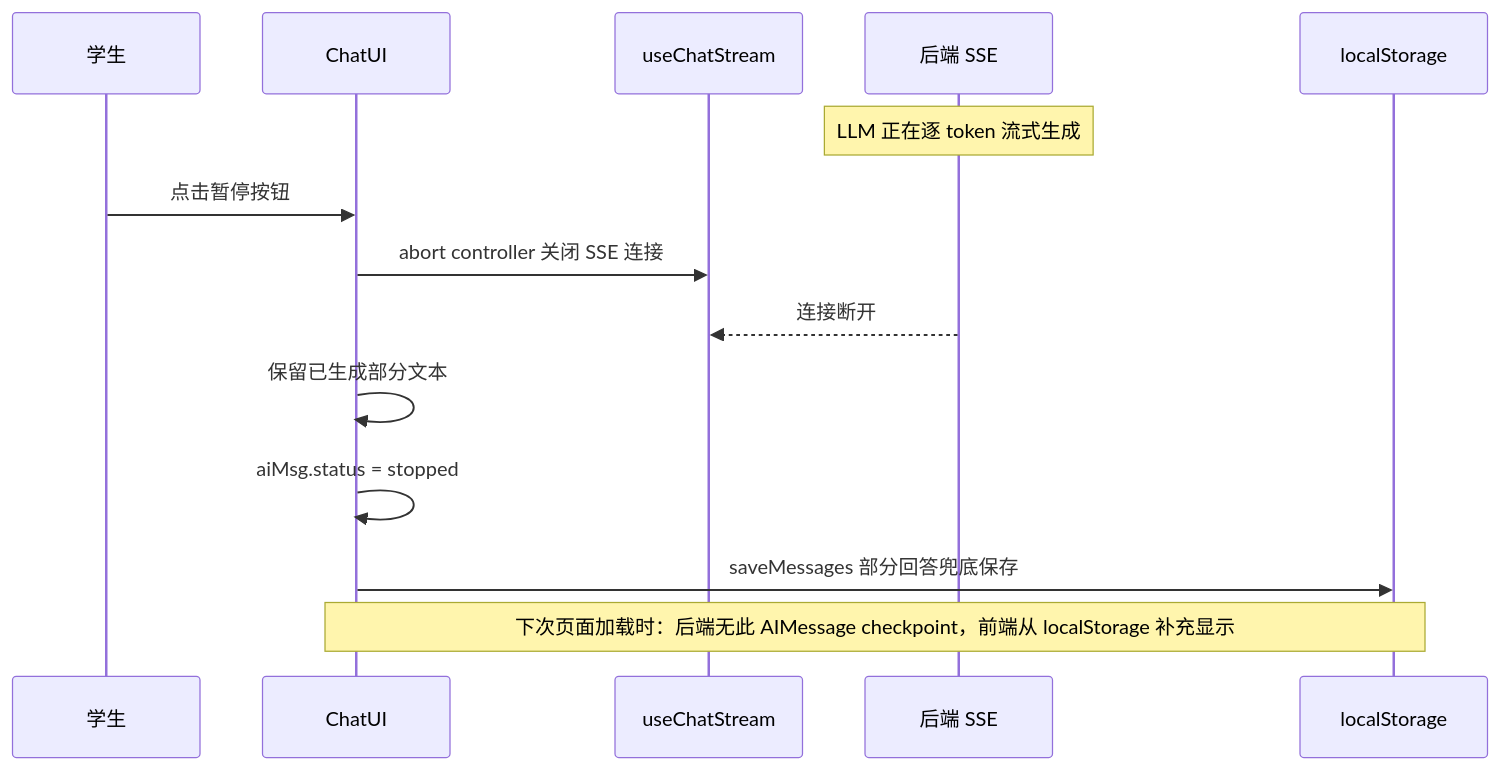
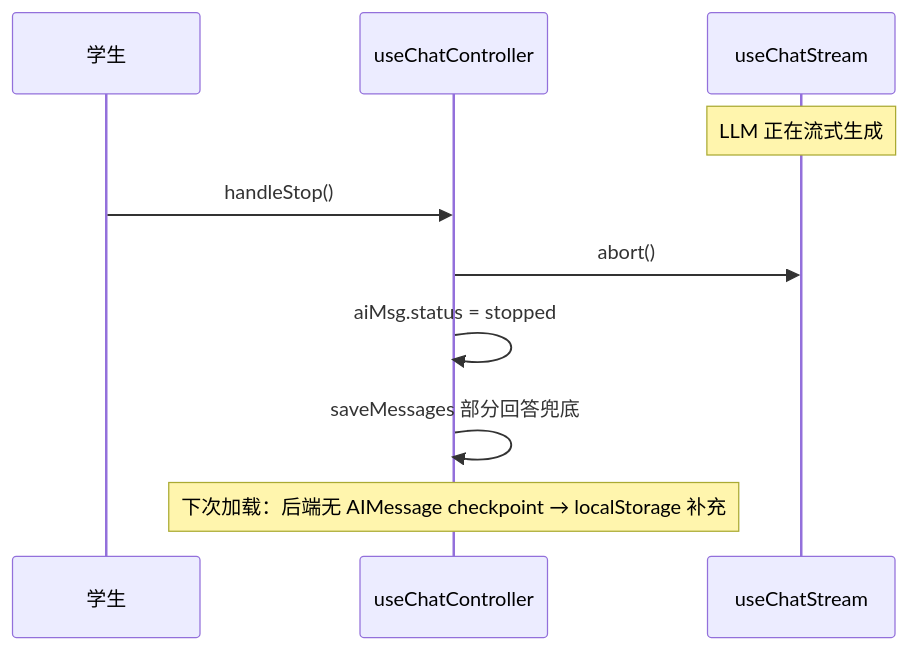
Before and after one commit to xiaolutang/OctoTutor: the fourth of 4 diagrams in .dev-flow/R007/analysis/2026-05-22--R007-persistence-agent-upgrade-frontend.md, drawn with Mermaid. The commit also changed other lines of this file and 9 other files, not shown here.

First line of the commit message:
feat(chat): R007-BB003+FF003 SSE init回传conversationId + useChatController统一控制器

````diff
--- a/.dev-flow/R007/analysis/2026-05-22--R007-persistence-agent-upgrade-frontend.md
+++ b/.dev-flow/R007/analysis/2026-05-22--R007-persistence-agent-upgrade-frontend.md
@@ -225,19 +228,13 @@
 ```mermaid
 sequenceDiagram
   participant U as 学生
-  participant ChatUI as ChatUI
-  participant UseStream as useChatStream
-  participant BE as 后端 SSE
-  participant Storage as localStorage
+  participant Ctrl as useChatController
+  participant Stream as useChatStream
 
-  Note over BE: LLM 正在逐 token 流式生成
-  U->>ChatUI: 点击暂停按钮
-  ChatUI->>UseStream: abort controller 关闭 SSE 连接
-  BE-->>UseStream: 连接断开
-
-  ChatUI->>ChatUI: 保留已生成部分文本
-  ChatUI->>ChatUI: aiMsg.status = stopped
-  ChatUI->>Storage: saveMessages 部分回答兜底保存
-
-  Note over ChatUI,Storage: 下次页面加载时：后端无此 AIMessage checkpoint，前端从 localStorage 补充显示
+  Note over Stream: LLM 正在流式生成
+  U->>Ctrl: handleStop()
+  Ctrl->>Stream: abort()
+  Ctrl->>Ctrl: aiMsg.status = stopped
+  Ctrl->>Ctrl: saveMessages 部分回答兜底
+  Note over Ctrl: 下次加载：后端无 AIMessage checkpoint → localStorage 补充
 ```
````
